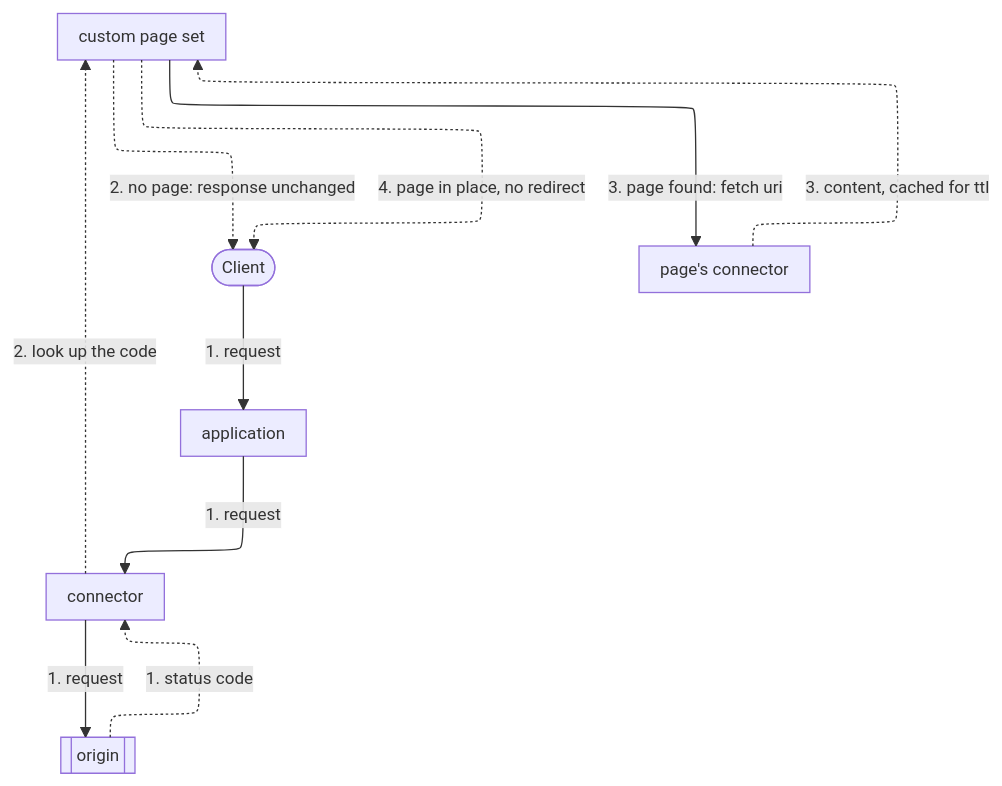
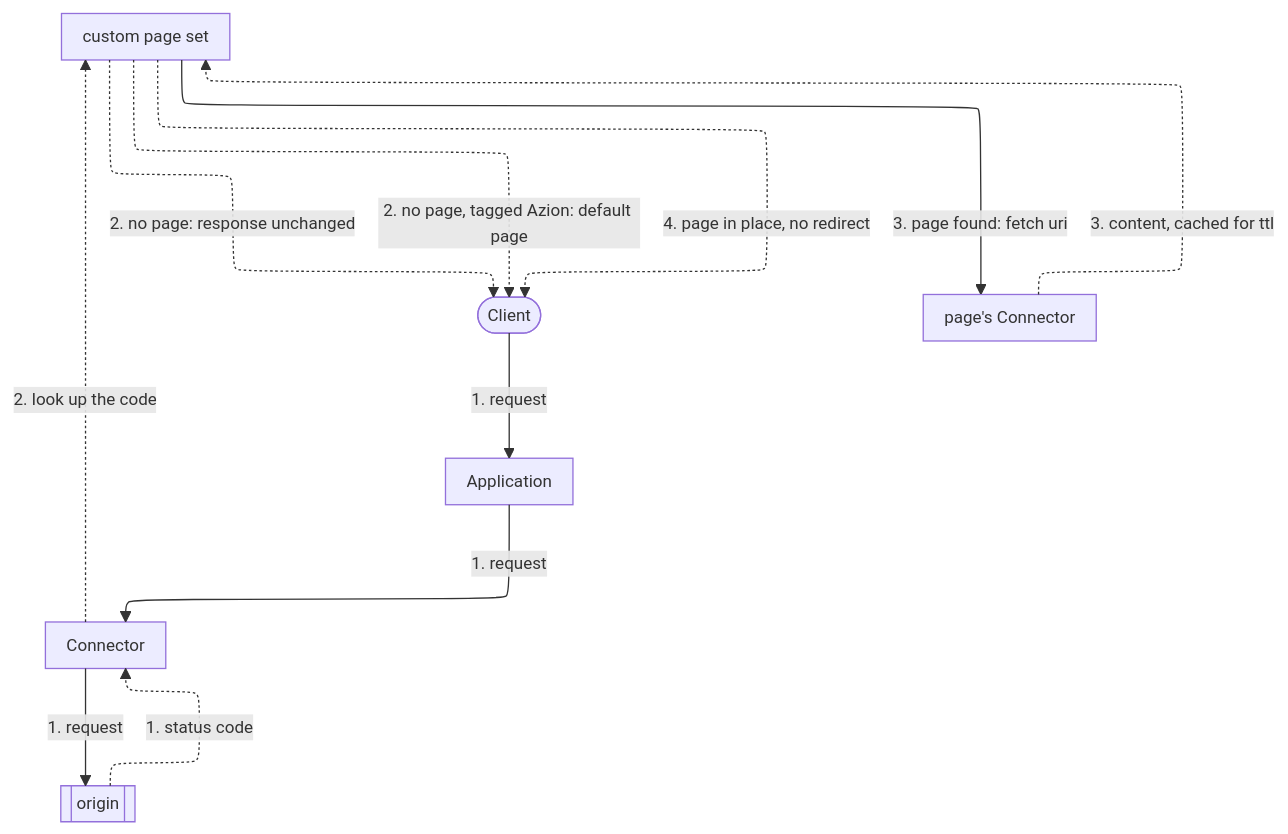
One commit to aziontech/docs changed the fourth of 5 diagrams in apps/docs/src/content/docs/en/pages/secure/workloads/how-it-works.mdx. Above: the diagram before and after it, drawn with Mermaid. The commit also changed other lines of this file and 1 other file, not shown here.

````diff
--- a/apps/docs/src/content/docs/en/pages/secure/workloads/how-it-works.mdx
+++ b/apps/docs/src/content/docs/en/pages/secure/workloads/how-it-works.mdx
@@ -238,19 +252,20 @@
 ```mermaid
 %%{init: {"layout": "elk", "elk": {"preset": "modelOrder", "keepEntryNodeOnTop": true}, "themeVariables": {"fontSize": "13px"}, "flowchart": {"nodeSpacing": 24, "rankSpacing": 36, "padding": 8, "wrappingWidth": 150, "useMaxWidth": true}, "sequence": {"width": 120, "actorMargin": 30, "useMaxWidth": true}}}%%
 flowchart TD
   Client(["Client"])
-  App["application"]
-  Conn["connector"]
+  App["Application"]
+  Conn["Connector"]
   Origin[["origin"]]
   Set["custom page set"]
-  PConn["page's connector"]
+  PConn["page's Connector"]
   Client -->|"1. request"| App
   App -->|"1. request"| Conn
   Conn -->|"1. request"| Origin
   Origin -.->|"1. status code"| Conn
   Conn -.->|"2. look up the code"| Set
   Set -.->|"2. no page: response unchanged"| Client
+  Set -.->|"2. no page, tagged Azion: default page"| Client
   Set -->|"3. page found: fetch uri"| PConn
   PConn -.->|"3. content, cached for ttl"| Set
   Set -.->|"4. page in place, no redirect"| Client
 ```
````
